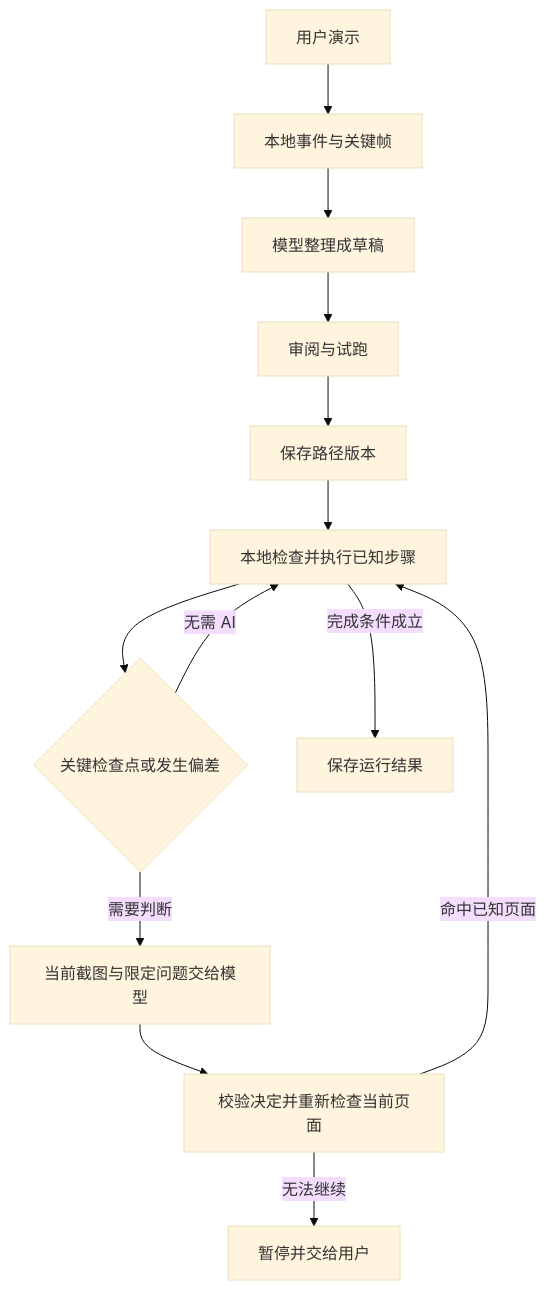
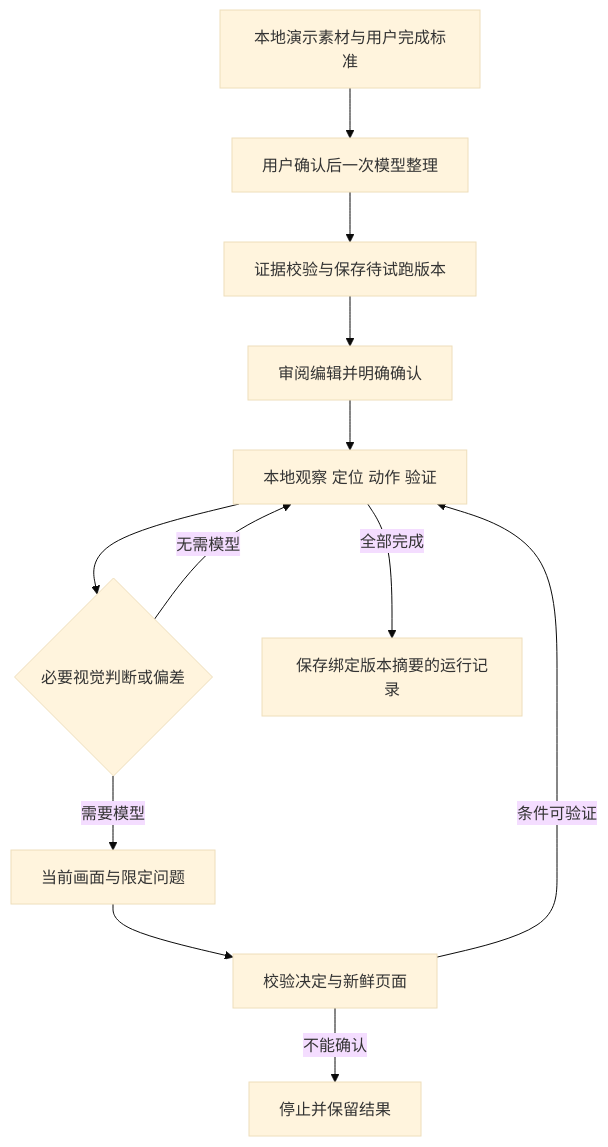
Before and after one commit to mhgd3250905/awesome-ugk-agent-android: the diagram in docs/demo-operation-learning-design.md, drawn with Mermaid (base theme). The commit also changed other lines of this file and 37 other files, not shown here.

````diff
--- a/docs/demo-operation-learning-design.md
+++ b/docs/demo-operation-learning-design.md
@@ -82,15 +76,14 @@
 ```mermaid
 flowchart TD
-    A[用户演示] --> B[本地事件与关键帧]
-    B --> C[模型整理成草稿]
-    C --> D[审阅与试跑]
-    D --> E[保存路径版本]
-    E --> F[本地检查并执行已知步骤]
-    F --> G{关键检查点或发生偏差}
-    G -->|无需 AI| F
-    G -->|需要判断| H[当前截图与限定问题交给模型]
-    H --> I[校验决定并重新检查当前页面]
-    I -->|命中已知页面| F
-    I -->|无法继续| J[暂停并交给用户]
-    F -->|完成条件成立| K[保存运行结果]
+    A[本地演示素材与用户完成标准] --> B[用户确认后一次模型整理]
+    B --> C[证据校验与保存待试跑版本]
+    C --> D[审阅编辑并明确确认]
+    D --> E[本地观察 定位 动作 验证]
+    E --> F{必要视觉判断或偏差}
+    F -->|无需模型| E
+    F -->|需要模型| G[当前画面与限定问题]
+    G --> H[校验决定与新鲜页面]
+    H -->|条件可验证| E
+    H -->|不能确认| I[停止并保留结果]
+    E -->|全部完成| J[保存绑定版本摘要的运行记录]
 ```
````
